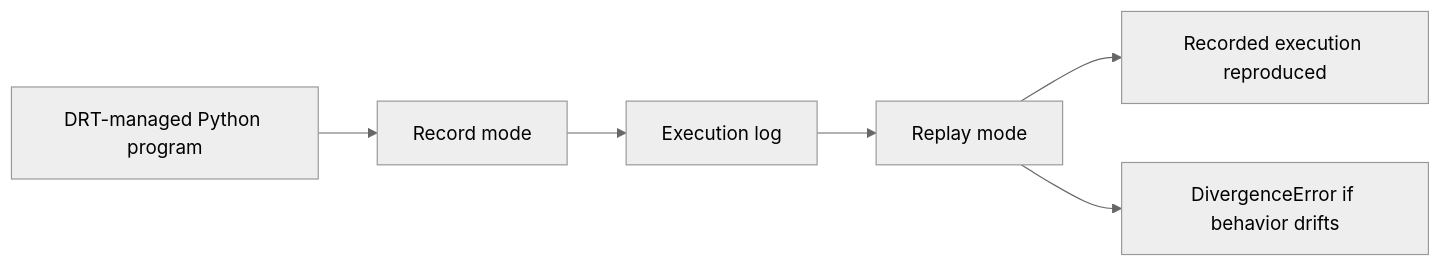
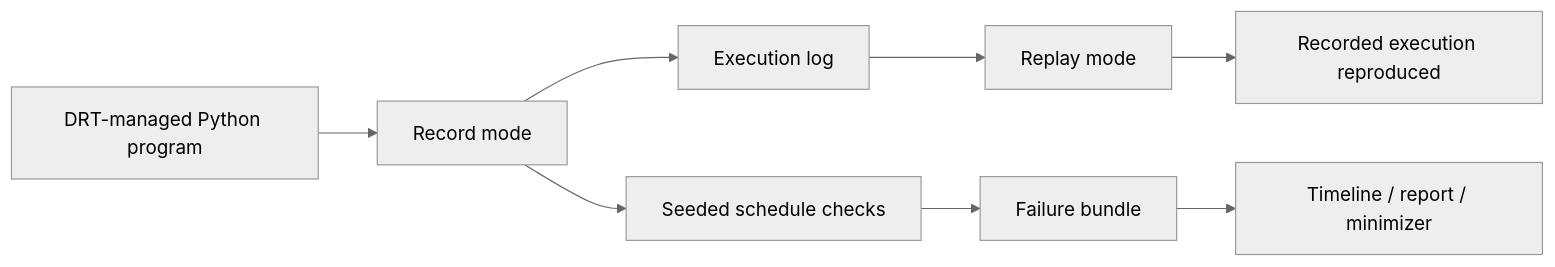
One commit to Yumekaz/DRT changed the diagram in README.md. Above: the diagram before and after it, drawn with Mermaid (neutral theme). The commit also changed other lines of this file and 25 other files, not shown here.

````diff
--- a/README.md
+++ b/README.md
@@ -108,8 +147,10 @@
 ```mermaid
 flowchart LR
     A["DRT-managed Python program"] --> B["Record mode"]
     B --> C["Execution log"]
     C --> D["Replay mode"]
     D --> E["Recorded execution reproduced"]
-    D --> F["DivergenceError if behavior drifts"]
+    B --> G["Seeded schedule checks"]
+    G --> H["Failure bundle"]
+    H --> I["Timeline / report / minimizer"]
 ```
````
